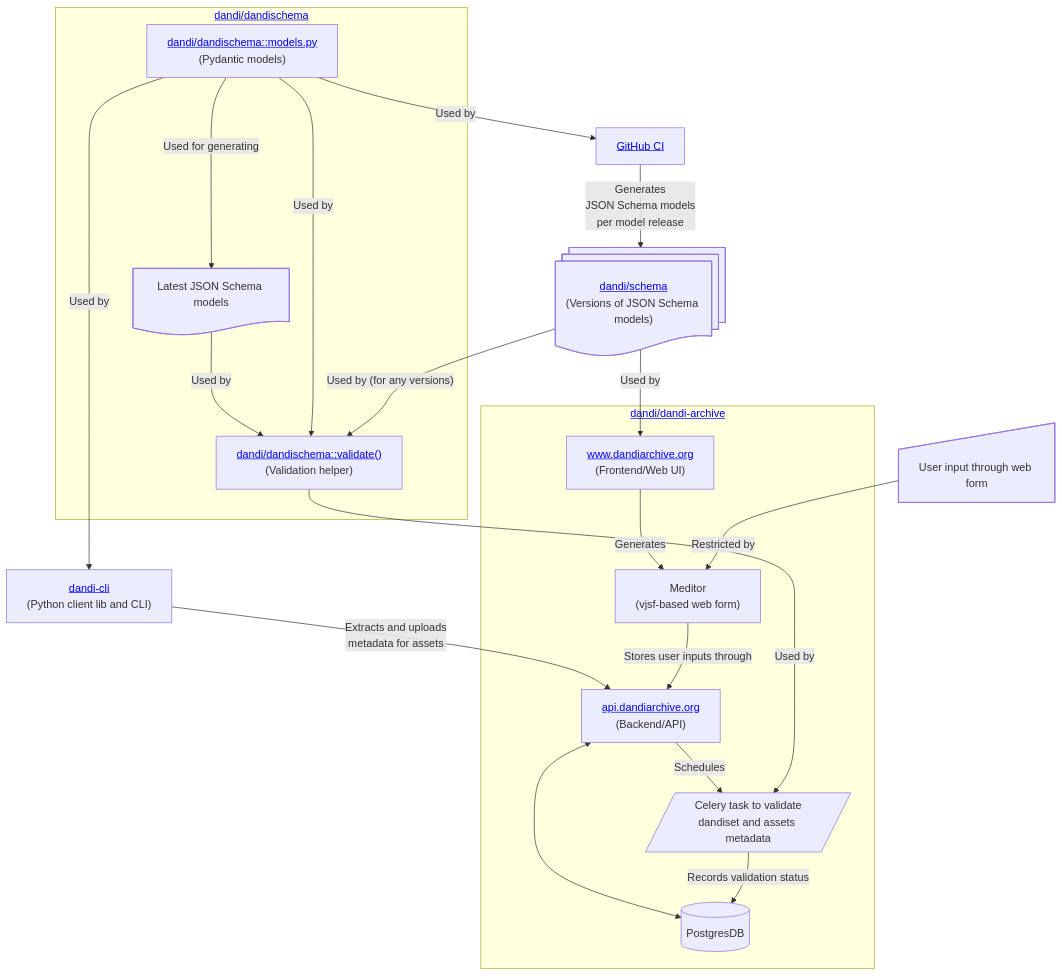
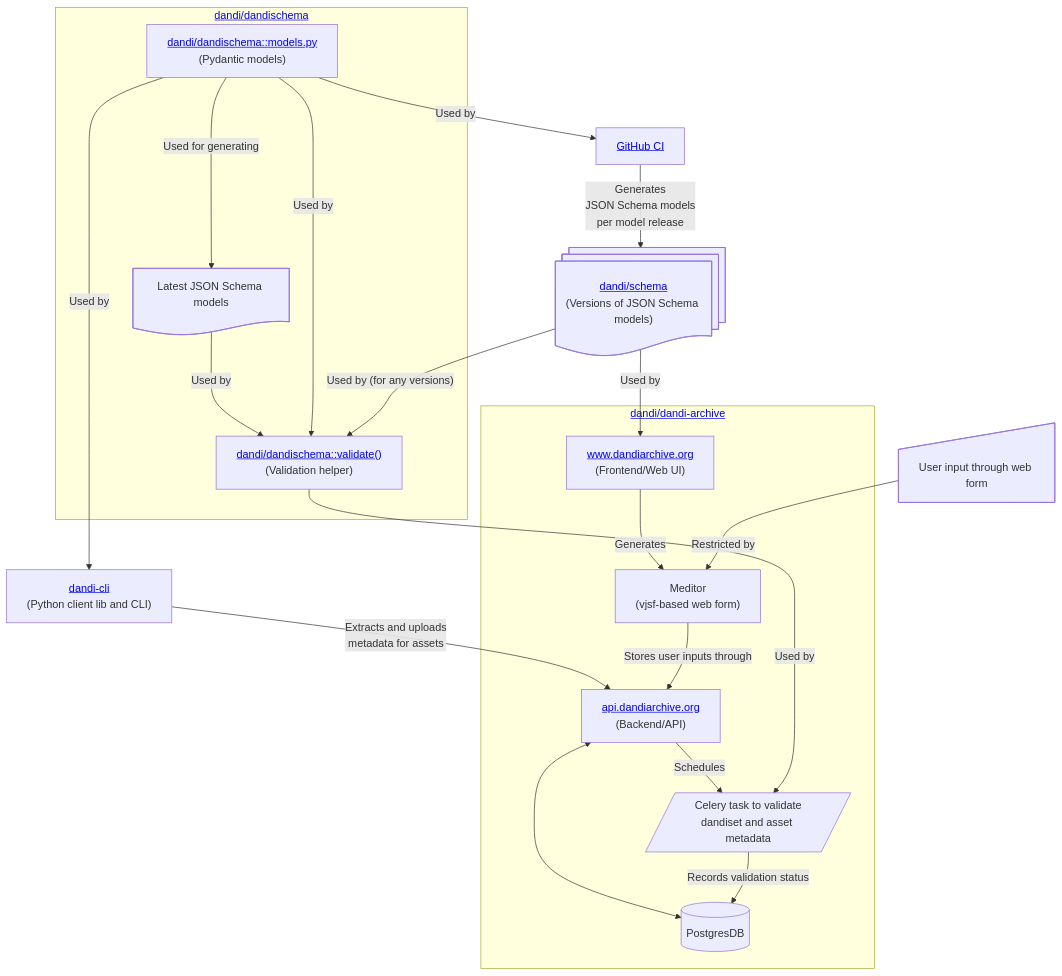
One commit to candleindark/dandi-models-mermaid changed the diagram in dandi-models.mmd. Above: the diagram before and after it, drawn with Mermaid.

Commit message:
Remove plural

```diff
--- a/dandi-models.mmd
+++ b/dandi-models.mmd
@@ -1,55 +1,55 @@
 flowchart TD
     dandi_json["<a href='https://github.com/dandi/schema'>dandi/schema</a><br/>(Versions of JSON Schema models)"]@{ shape: docs }
     dandi_cli["<a href='https://github.com/dandi/dandi-cli'>dandi-cli</a><br/>(Python client lib and CLI)"]
     ci[<a href='https://github.com/dandi/dandi-schema/blob/master/.github/workflows/release.yml'>GitHub CI</a>]
     web_input["User input through web form"]@{ shape: manual-input }
 
     subgraph "<a href='https://github.com/dandi/dandi-schema'>dandi/dandischema</a>"
         %% nodes
         dandi_pydantic["<a href='https://github.com/dandi/dandi-schema/blob/master/dandischema/models.py'>dandi/dandischema::models.py</a><br/>(Pydantic models)"]
         dandi_validate["<a href='https://github.com/dandi/dandi-schema/blob/c3007768e002c9f51ea37b5e6b3628f7f7f20943/dandischema/metadata.py#L195'>dandi/dandischema::validate()</a><br/>(Validation helper)"]
         dandi_json_runtime[Latest JSON Schema models]@{ shape: doc }
 
         %% edges
         dandi_pydantic -->|Used for generating| dandi_json_runtime -->|Used by| dandi_validate
     end
 
     subgraph "<a href='https://github.com/dandi/dandi-archive'>dandi/dandi-archive</a>"
         %% nodes
         dandi_archive_db[(PostgresDB)]
         dandi_archive_backend["<a href='https://api.dandiarchive.org'>api.dandiarchive.org</a><br/>(Backend/API)"]
         dandi_archive_frontend["<a href='https://www.dandiarchive.org'>www.dandiarchive.org</a><br/>(Frontend/Web UI)"]
         %% user_input_data["User input data"]@{ shape: manual-input }
         meditor["Meditor<br/>(vjsf-based web form)"]
-        dandi_archive_validate[/Celery task to validate<br/>dandiset and assets metadata/]
+        dandi_archive_validate[/Celery task to validate<br/>dandiset and asset metadata/]
     end
 
     dandi_pydantic -->|Used by| ci -->|Generates<br/> JSON Schema models<br/> per model release| dandi_json
 
     %% dandi/dandischema does use JSON schema models during validation
 
     dandi_pydantic -->|Used by| dandi_cli
     dandi_pydantic -->|Used by| dandi_validate
     dandi_json -->|"Used by (for any versions)"| dandi_validate
 
     dandi_archive_backend --> |Schedules| dandi_archive_validate
     dandi_archive_backend <--->  dandi_archive_db
     dandi_validate -->|Used by| dandi_archive_validate
     %%?? dandi_validate -->|Used by| dandi_cli
 
     %% dandi_json -->|Used by| dandi_archive_backend
     dandi_json -->|Used by| dandi_archive_frontend
 
 
     %% datasets[NWB/BIDS]
     %% user_input_data --> |Expressed as| datasets
     %%  datasets --> |Extracts metadata by| dandi_cli
     dandi_cli --> |Extracts and uploads<br/>metadata for assets| dandi_archive_backend
     %% We always upload Asset pyndatic model, but it might be minimally
     %% populated if there was an error while extracting metadata
 
     dandi_archive_frontend --> |Generates| meditor
     web_input --> | Restricted by| meditor
     meditor --> |Stores user inputs through| dandi_archive_backend
 
     dandi_archive_validate --> |Records validation status| dandi_archive_db
```
